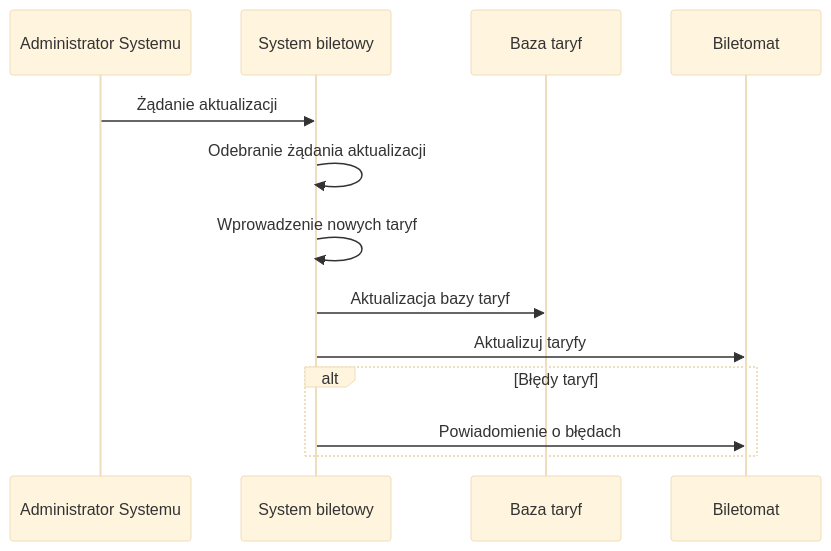
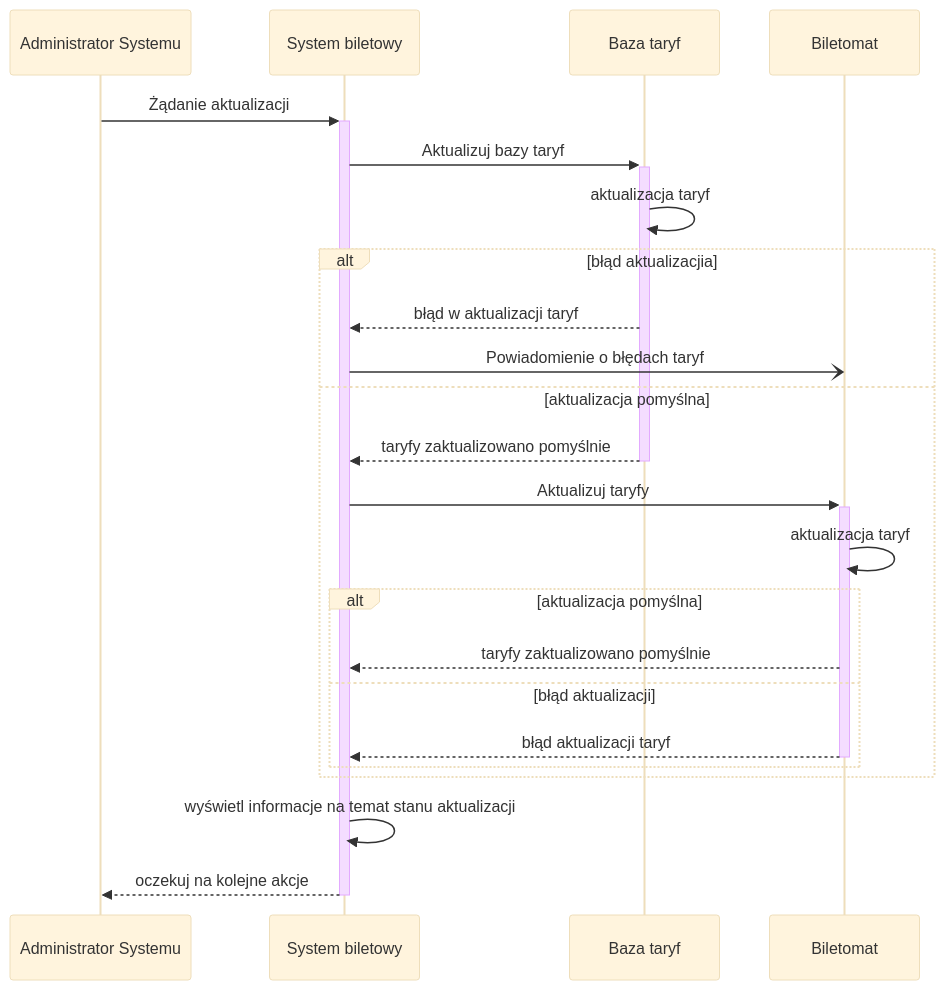
The fourth of 9 diagrams in system-biletowy.md (pilukal/MWO), drawn with Mermaid (base theme) before and after one commit. The commit also changed other lines of this file, not shown here.

Commit message:
Naprawa diagramu "aktualizacja taryf"

````diff
--- a/system-biletowy.md
+++ b/system-biletowy.md
@@ -161,18 +172,29 @@
 ```mermaid
-sequenceDiagram
- 
+sequenceDiagram 
     PARTICIPANT USER AS Administrator Systemu
     PARTICIPANT SB AS System biletowy
     PARTICIPANT DB AS Baza taryf
     PARTICIPANT BT AS Biletomat
 
 
-    USER->>SB: Żądanie aktualizacji
-    SB->>SB: Odebranie żądania aktualizacji
-    SB->>SB: Wprowadzenie nowych taryf
-    SB->>DB: Aktualizacja bazy taryf
-    SB->>BT: Aktualizuj taryfy
-    ALT Błędy taryf
-    SB->>BT: Powiadomienie o błędach
+    USER->>+SB: Żądanie aktualizacji
+    SB->>+DB: Aktualizuj bazy taryf
+    DB->>DB: aktualizacja taryf
+    ALT błąd aktualizacjia
+    DB -->> SB: błąd w aktualizacji taryf
+    SB-)BT: Powiadomienie o błędach taryf
+
+    else aktualizacja pomyślna
+    DB-->>-SB: taryfy zaktualizowano pomyślnie
+    
+    SB->>+BT: Aktualizuj taryfy
+    BT->>BT: aktualizacja taryf
+    ALT aktualizacja pomyślna
+    BT -->> SB: taryfy zaktualizowano pomyślnie
+    else błąd aktualizacji
+    BT -->>- SB: błąd aktualizacji taryf
+    end
     END
+    SB->>SB: wyświetl informacje na temat stanu aktualizacji
+    SB-->>-USER: oczekuj na kolejne akcje
 ```
````
